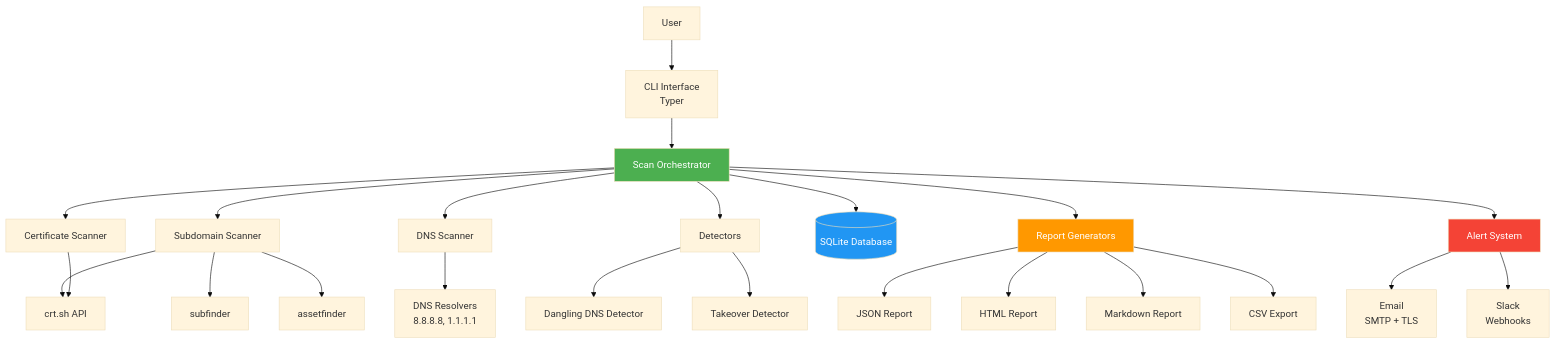
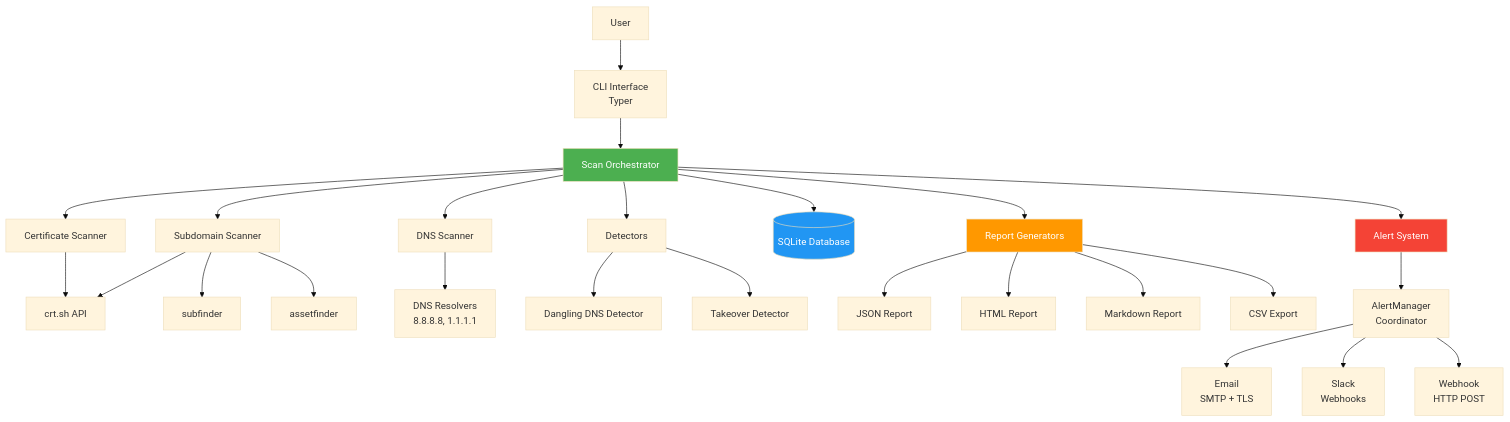
Before and after one commit to Ap6pack/security_monitoring: the first of 12 diagrams in docs/ARCHITECTURE.md, drawn with Mermaid (base theme). The commit also changed other lines of this file and 2 other files, not shown here.

````diff
--- a/docs/ARCHITECTURE.md
+++ b/docs/ARCHITECTURE.md
@@ -47,38 +47,40 @@
 ```mermaid
 graph TB
     User[User] --> CLI[CLI Interface<br/>Typer]
     CLI --> Orchestrator[Scan Orchestrator]
 
     Orchestrator --> SubScan[Subdomain Scanner]
     Orchestrator --> DNSScan[DNS Scanner]
     Orchestrator --> CertScan[Certificate Scanner]
     Orchestrator --> Detectors[Detectors]
 
     SubScan --> CrtSh[crt.sh API]
     SubScan --> Subfinder[subfinder]
     SubScan --> AssetFinder[assetfinder]
 
     DNSScan --> DNS[DNS Resolvers<br/>8.8.8.8, 1.1.1.1]
 
     CertScan --> CrtSh
 
     Detectors --> DanglingDNS[Dangling DNS Detector]
     Detectors --> Takeover[Takeover Detector]
 
     Orchestrator --> DB[(SQLite Database)]
     Orchestrator --> Reporters[Report Generators]
     Orchestrator --> Alerters[Alert System]
 
     Reporters --> JSON[JSON Report]
     Reporters --> HTML[HTML Report]
     Reporters --> MD[Markdown Report]
     Reporters --> CSV[CSV Export]
 
-    Alerters --> Email[Email<br/>SMTP + TLS]
-    Alerters --> Slack[Slack<br/>Webhooks]
+    Alerters --> AlertMgr[AlertManager<br/>Coordinator]
+    AlertMgr --> Email[Email<br/>SMTP + TLS]
+    AlertMgr --> Slack[Slack<br/>Webhooks]
+    AlertMgr --> Webhook[Webhook<br/>HTTP POST]
 
     style Orchestrator fill:#4CAF50,color:#fff
     style DB fill:#2196F3,color:#fff
     style Reporters fill:#FF9800,color:#fff
     style Alerters fill:#F44336,color:#fff
 ```
````
